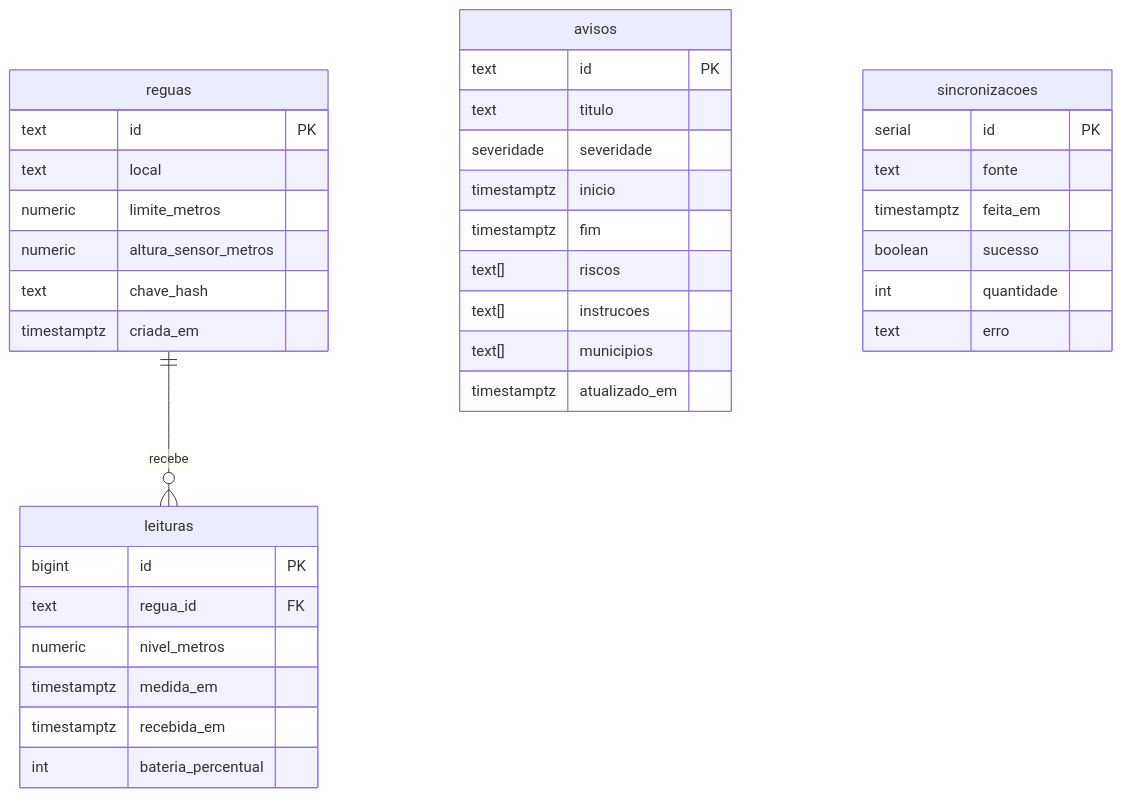
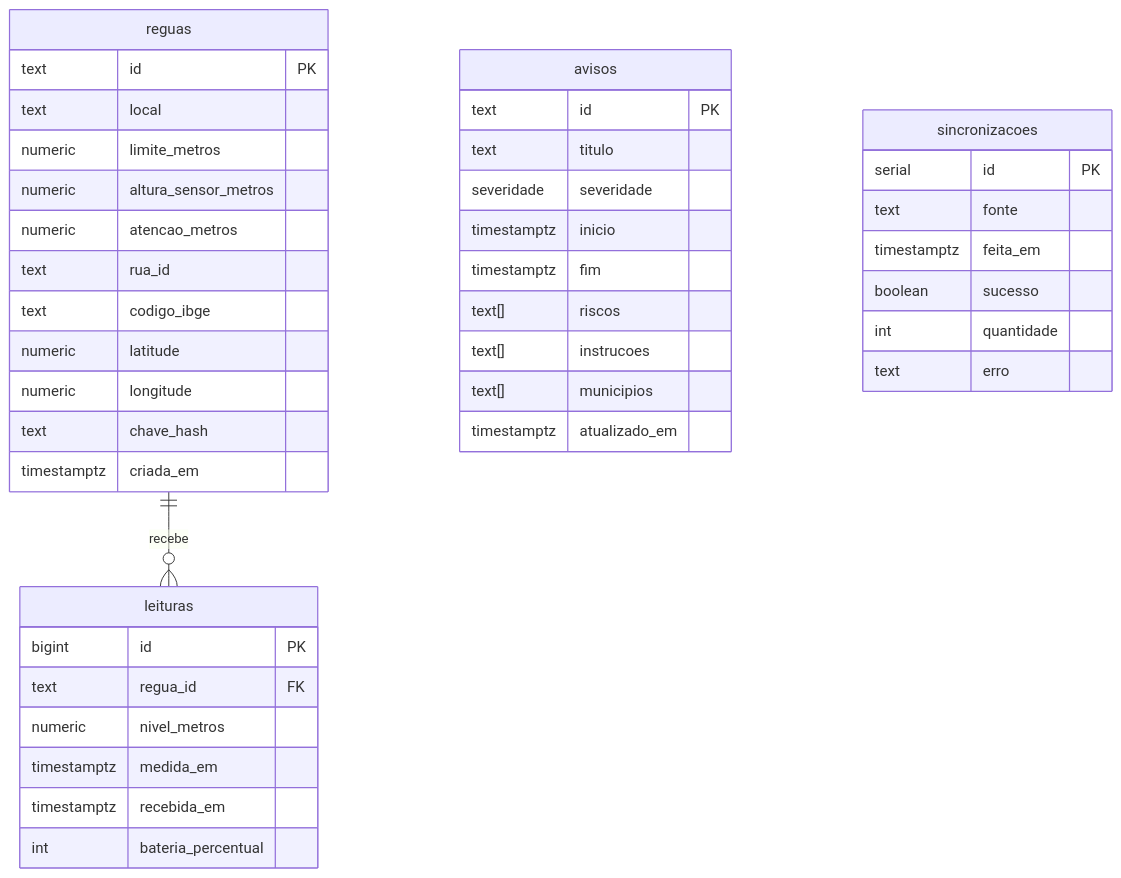
Before and after one commit to Elo-Fiap/elo-alertas: the second of 2 diagrams in README.md, drawn with Mermaid. The commit also changed other lines of this file and 4 other files, not shown here.

````diff
--- a/README.md
+++ b/README.md
@@ -99,39 +100,44 @@
 ```mermaid
 erDiagram
     reguas ||--o{ leituras : recebe
     reguas {
         text id PK
         text local
         numeric limite_metros
         numeric altura_sensor_metros
+        numeric atencao_metros
+        text rua_id
+        text codigo_ibge
+        numeric latitude
+        numeric longitude
         text chave_hash
         timestamptz criada_em
     }
     leituras {
         bigint id PK
         text regua_id FK
         numeric nivel_metros
         timestamptz medida_em
         timestamptz recebida_em
         int bateria_percentual
     }
     avisos {
         text id PK
         text titulo
         severidade severidade
         timestamptz inicio
         timestamptz fim
         text[] riscos
         text[] instrucoes
         text[] municipios
         timestamptz atualizado_em
     }
     sincronizacoes {
         serial id PK
         text fonte
         timestamptz feita_em
         boolean sucesso
         int quantidade
         text erro
     }
 ```
````
